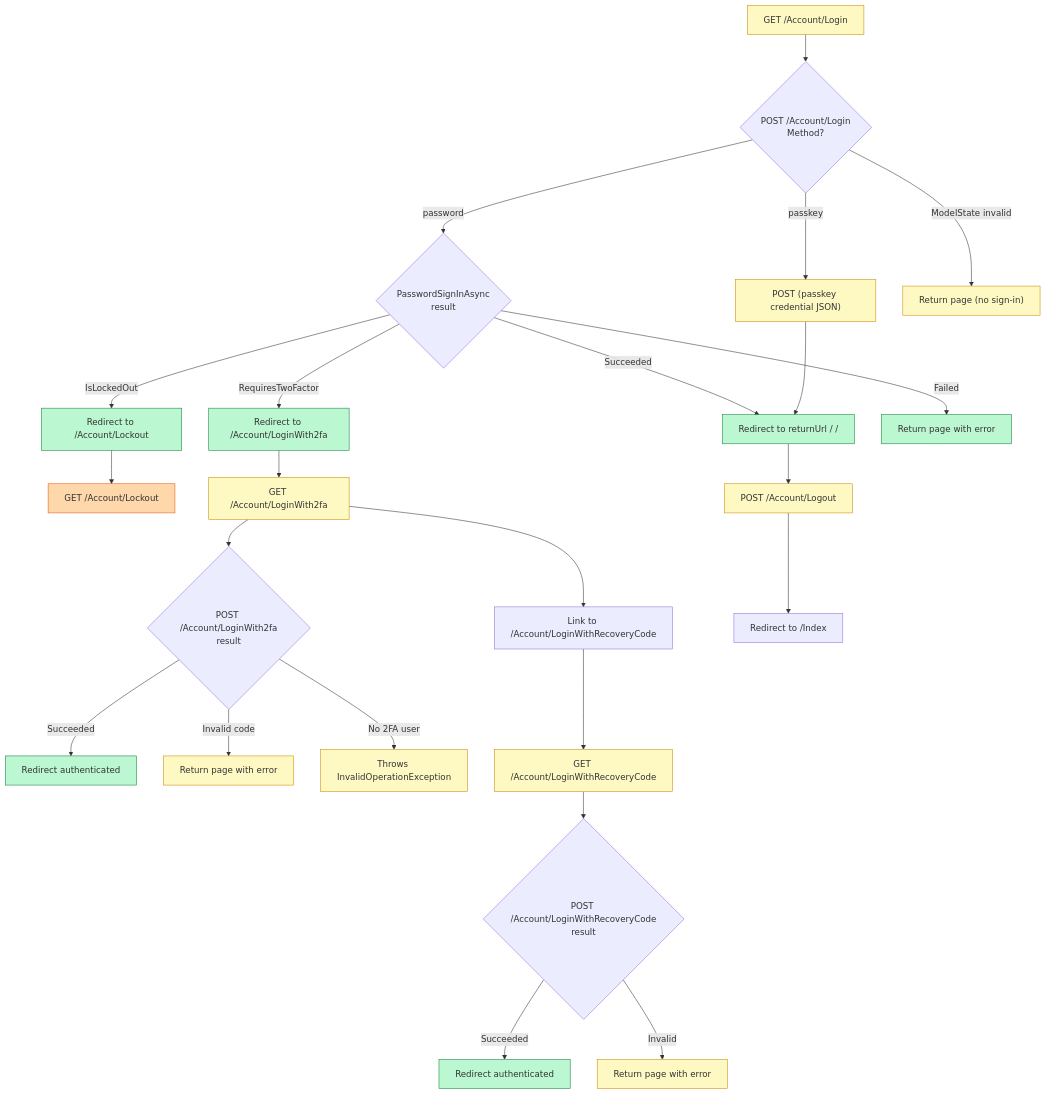
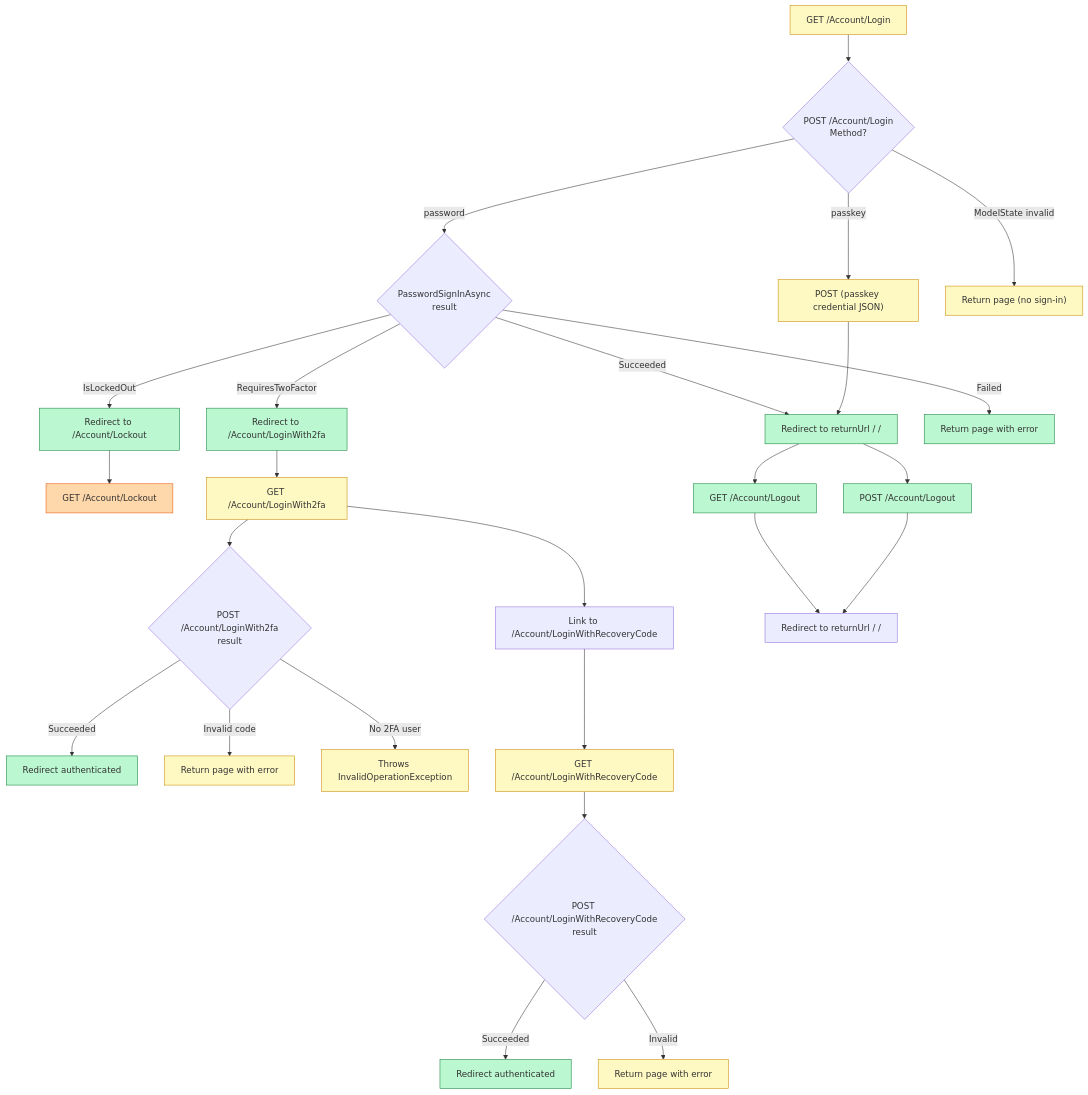
One commit to crgolden/Identity changed the third of 16 diagrams in TESTING.md. Above: the diagram before and after it, drawn with Mermaid. The commit also changed other lines of this file and 18 other files, not shown here.

````diff
--- a/TESTING.md
+++ b/TESTING.md
@@ -174,74 +175,78 @@
 ```mermaid
 flowchart TD
     classDef covered fill:#bbf7d0,stroke:#15803d
     classDef unitOnly fill:#fef9c3,stroke:#ca8a04
     classDef partial fill:#fed7aa,stroke:#ea580c
     classDef noTest fill:#fee2e2,stroke:#dc2626
 
     LoginGET["GET /Account/Login"]:::unitOnly
 
     LoginPOST{"POST /Account/Login\nMethod?"}
 
     PasswordPath{"PasswordSignInAsync\nresult"}
 
     PasskeyPath["POST (passkey credential JSON)"]:::unitOnly
 
     ModelInvalid["Return page (no sign-in)"]:::unitOnly
 
     SignInSuccess["Redirect to returnUrl / /"]:::covered
 
     Requires2FA["Redirect to /Account/LoginWith2fa"]:::covered
 
     LockedOut["Redirect to /Account/Lockout"]:::covered
 
     SignInFailed["Return page with error"]:::covered
 
     LockoutPage["GET /Account/Lockout"]:::partial
 
     LoginWith2faPage["GET /Account/LoginWith2fa"]:::unitOnly
 
     LoginWith2faPOST{"POST /Account/LoginWith2fa\nresult"}
 
     TwoFASuccess["Redirect authenticated"]:::covered
 
     TwoFAInvalid["Return page with error"]:::unitOnly
 
     TwoFANoUser["Throws InvalidOperationException"]:::unitOnly
 
     RecoveryLink["Link to /Account/LoginWithRecoveryCode"]
 
     RecoveryGET["GET /Account/LoginWithRecoveryCode"]:::unitOnly
 
     RecoveryPOST{"POST /Account/LoginWithRecoveryCode\nresult"}
 
     RecoverySuccess["Redirect authenticated"]:::covered
 
     RecoveryInvalid["Return page with error"]:::unitOnly
 
-    LogoutPOST["POST /Account/Logout"]:::unitOnly
+    LogoutGET["GET /Account/Logout"]:::covered
 
-    SignedOut["Redirect to /Index"]
+    LogoutPOST["POST /Account/Logout"]:::covered
+
+    SignedOut["Redirect to returnUrl / /"]
 
     LoginGET --> LoginPOST
     LoginPOST -->|"password"| PasswordPath
     LoginPOST -->|"passkey"| PasskeyPath
     LoginPOST -->|"ModelState invalid"| ModelInvalid
     PasswordPath -->|"Succeeded"| SignInSuccess
     PasswordPath -->|"RequiresTwoFactor"| Requires2FA
     PasswordPath -->|"IsLockedOut"| LockedOut
     PasswordPath -->|"Failed"| SignInFailed
     PasskeyPath --> SignInSuccess
     LockedOut --> LockoutPage
     Requires2FA --> LoginWith2faPage
     LoginWith2faPage --> LoginWith2faPOST
     LoginWith2faPage --> RecoveryLink
     LoginWith2faPOST -->|"Succeeded"| TwoFASuccess
     LoginWith2faPOST -->|"Invalid code"| TwoFAInvalid
     LoginWith2faPOST -->|"No 2FA user"| TwoFANoUser
     RecoveryLink --> RecoveryGET
     RecoveryGET --> RecoveryPOST
     RecoveryPOST -->|"Succeeded"| RecoverySuccess
     RecoveryPOST -->|"Invalid"| RecoveryInvalid
+    SignInSuccess --> LogoutGET
     SignInSuccess --> LogoutPOST
+    LogoutGET --> SignedOut
     LogoutPOST --> SignedOut
 ```
````
